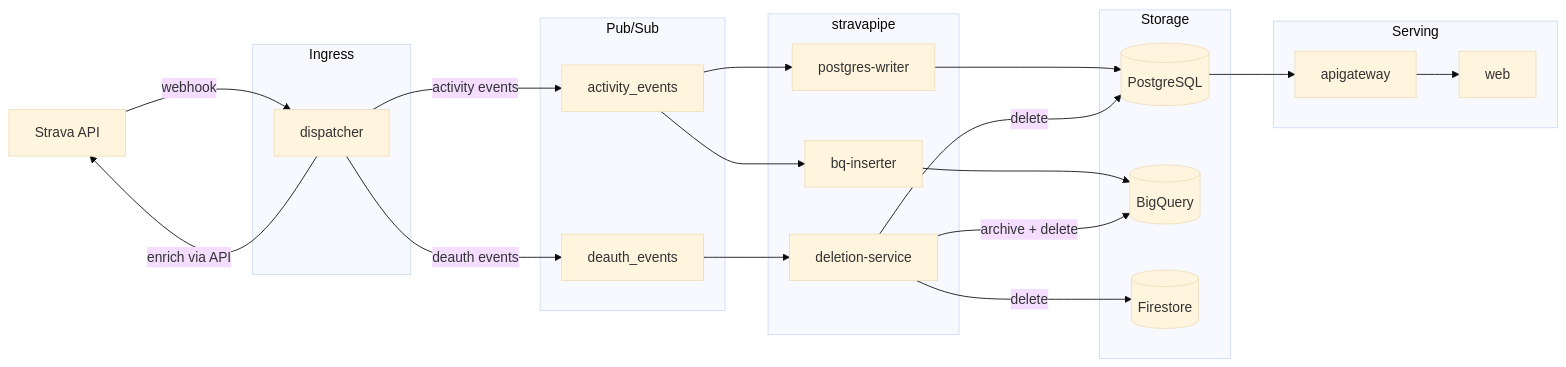
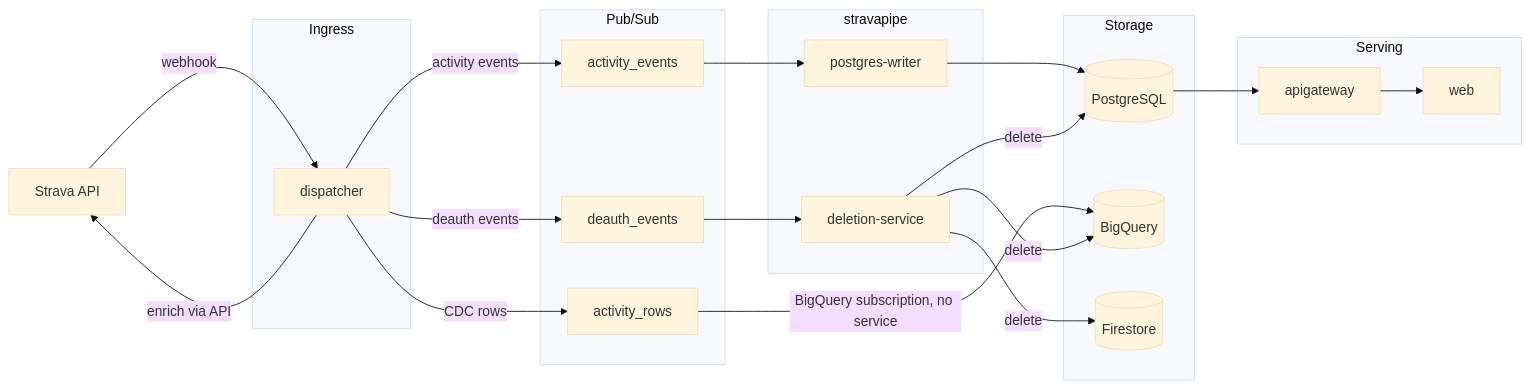
Before and after one commit to andy-esch/desirelines: the diagram in packages/README.md, drawn with Mermaid (base theme). The commit also changed other lines of this file and 24 other files, not shown here.

````diff
--- a/packages/README.md
+++ b/packages/README.md
@@ -15,45 +15,45 @@
 ```mermaid
 graph LR
     Strava[Strava API]
 
     subgraph "Ingress"
         Dispatcher[dispatcher]
     end
 
     subgraph "Pub/Sub"
         ActivityTopic[activity_events]
+        RowTopic[activity_rows]
         DeauthTopic[deauth_events]
     end
 
     subgraph "stravapipe"
-        BQInserter[bq-inserter]
         PGWriter[postgres-writer]
         DeletionSvc[deletion-service]
     end
 
     subgraph "Storage"
         PG[(PostgreSQL)]
         BQ[(BigQuery)]
         FS[(Firestore)]
     end
 
     subgraph "Serving"
         API[apigateway]
         Web[web]
     end
 
     Strava -- webhook --> Dispatcher
     Dispatcher -- enrich via API --> Strava
     Dispatcher -- activity events --> ActivityTopic
+    Dispatcher -- CDC rows --> RowTopic
     Dispatcher -- deauth events --> DeauthTopic
-    ActivityTopic --> BQInserter
     ActivityTopic --> PGWriter
+    RowTopic -- BigQuery subscription, no service --> BQ
     DeauthTopic --> DeletionSvc
-    BQInserter --> BQ
     PGWriter --> PG
     DeletionSvc -- delete --> PG
-    DeletionSvc -- archive + delete --> BQ
+    DeletionSvc -- delete --> BQ
     DeletionSvc -- delete --> FS
     PG --> API
     API --> Web
 ```
````
